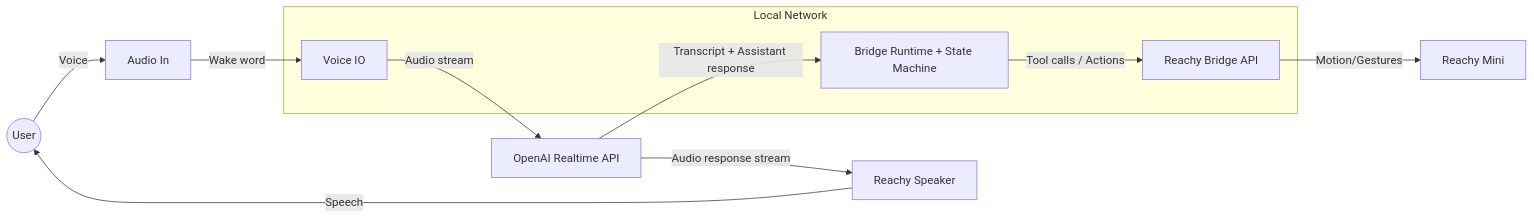
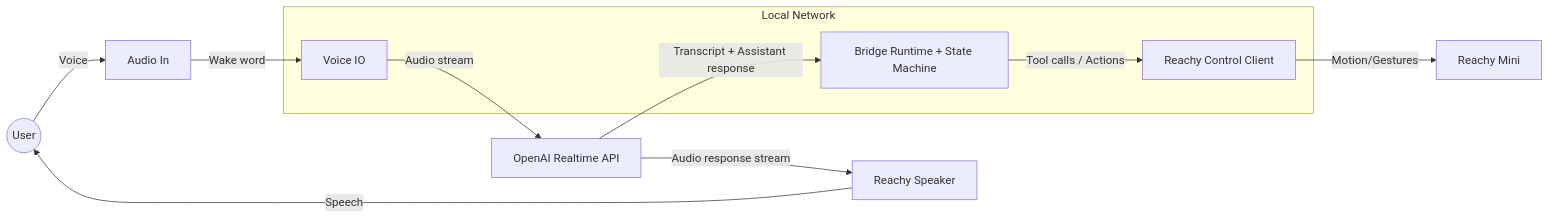
The diagram in README.md (rafaheringer/dobby-the-claw), drawn with Mermaid before and after one commit. The commit also changed other lines of this file, not shown here.

Commit message:
Update README.md: clarify Reachy control path and refine architecture details

````diff
--- a/README.md
+++ b/README.md
@@ -16,17 +17,17 @@
 ```mermaid
 flowchart LR
     user((User)) -->|Voice| mic[Audio In]
     mic -->|Wake word| voice[Voice IO]
     voice -->|Audio stream| rt[OpenAI Realtime API]
     rt -->|Transcript + Assistant response| policy[Bridge Runtime + State Machine]
-    policy -->|Tool calls / Actions| reachy[Reachy Bridge API]
+    policy -->|Tool calls / Actions| reachy[Reachy Control Client]
     reachy -->|Motion/Gestures| reachy_hw[Reachy Mini]
     rt -->|Audio response stream| speaker[Reachy Speaker]
     speaker -->|Speech| user
 
     subgraph Local Network
         voice
         policy
         reachy
     end
 ```
````
